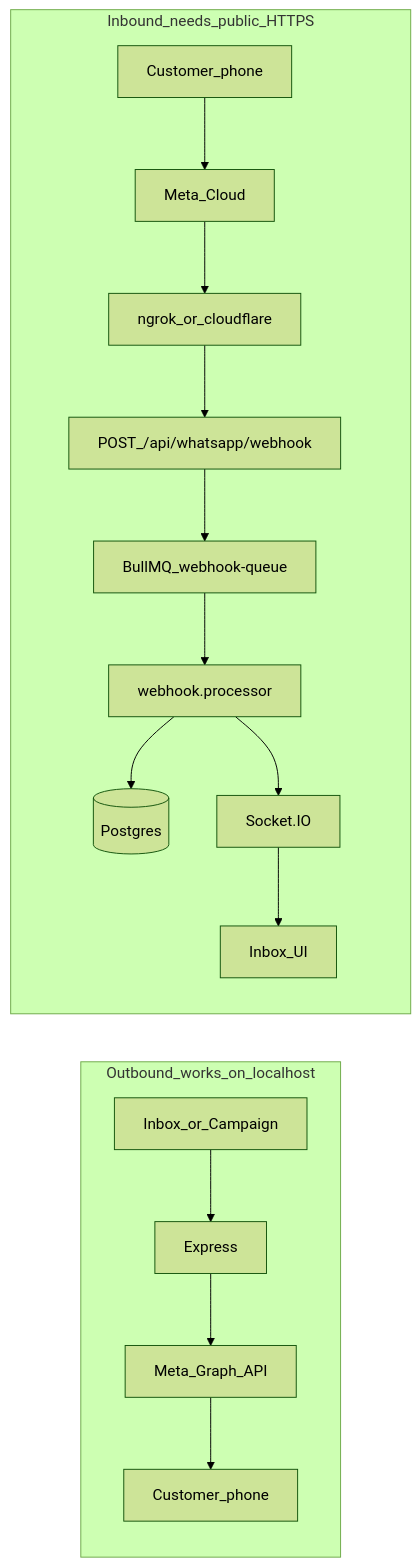
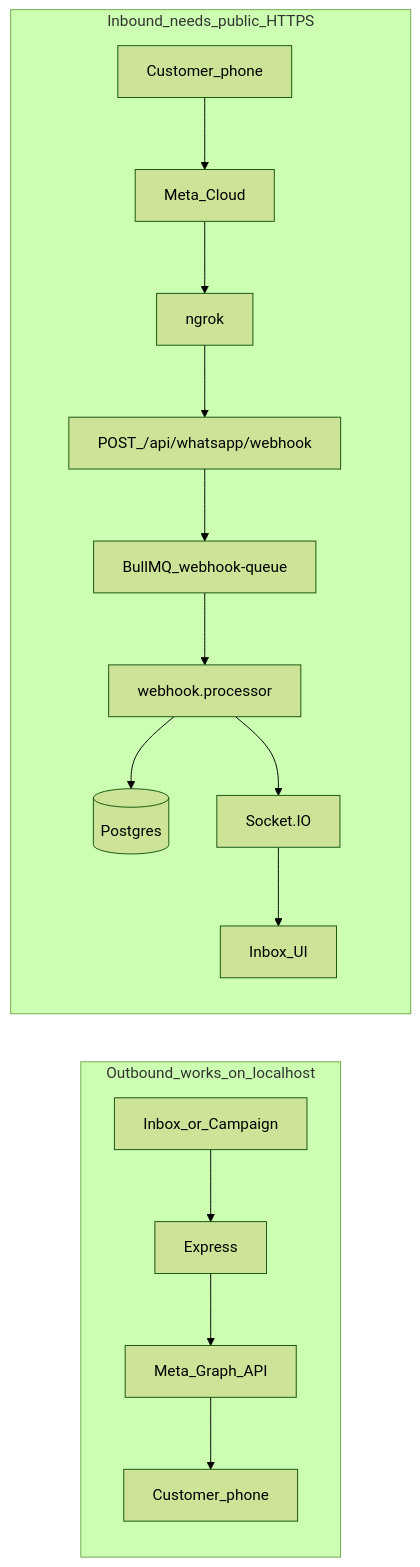
One commit to teamwebstarts-cmyk/Samyoj changed the diagram in docs/WHATSAPP_CONNECT_DEVELOPER_GUIDE.md. Above: the diagram before and after it, drawn with Mermaid (forest theme). The commit also changed other lines of this file and 74 other files, not shown here.

````diff
--- a/docs/WHATSAPP_CONNECT_DEVELOPER_GUIDE.md
+++ b/docs/WHATSAPP_CONNECT_DEVELOPER_GUIDE.md
@@ -27,19 +27,19 @@
 ```mermaid
 flowchart LR
   subgraph outbound [Outbound_works_on_localhost]
     UI1[Inbox_or_Campaign] --> API1[Express]
     API1 --> MetaGraph[Meta_Graph_API]
     MetaGraph --> Phone1[Customer_phone]
   end
 
   subgraph inbound [Inbound_needs_public_HTTPS]
     Phone2[Customer_phone] --> MetaWH[Meta_Cloud]
-    MetaWH --> Tunnel[ngrok_or_cloudflare]
+    MetaWH --> Tunnel[ngrok]
     Tunnel --> ExpressWH["POST_/api/whatsapp/webhook"]
     ExpressWH --> RedisQ[BullMQ_webhook-queue]
     RedisQ --> Worker[webhook.processor]
     Worker --> DB[(Postgres)]
     Worker --> Socket[Socket.IO]
     Socket --> Inbox[Inbox_UI]
   end
 ```
````
